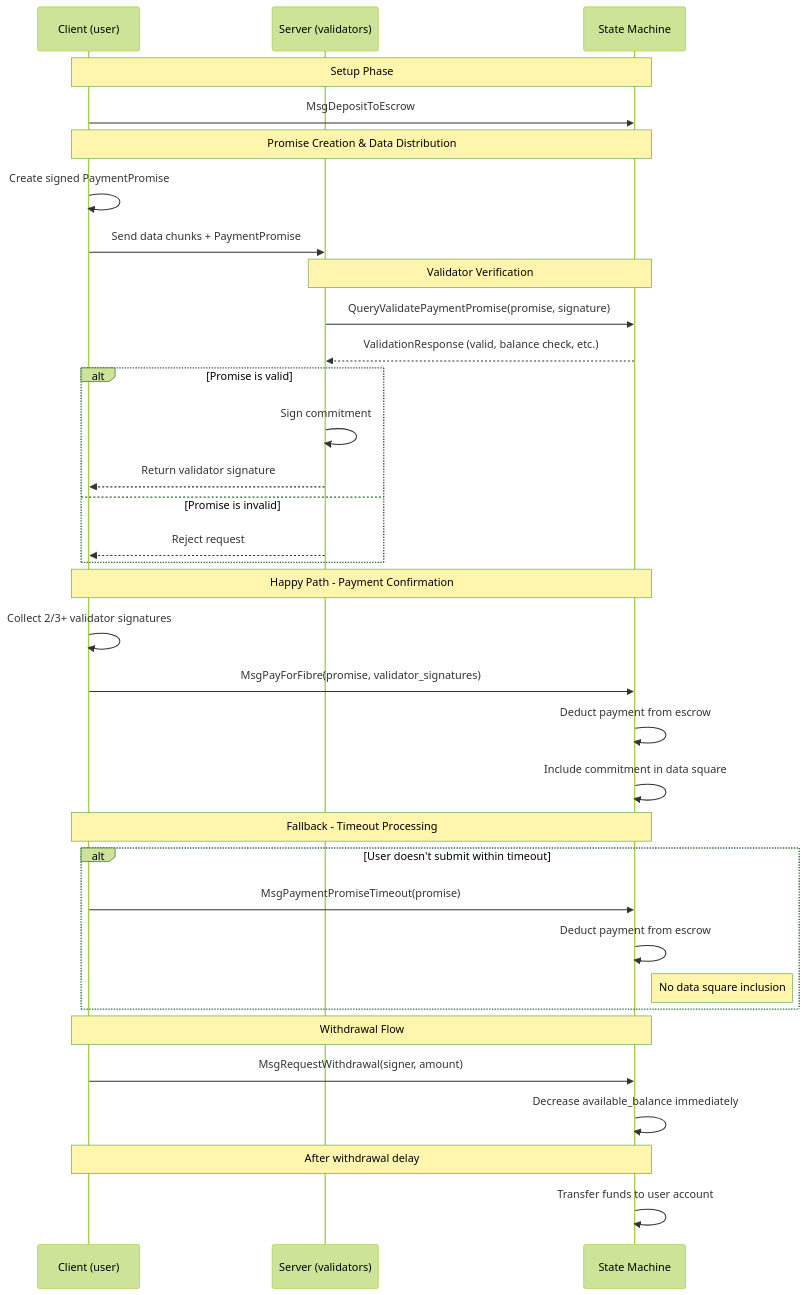
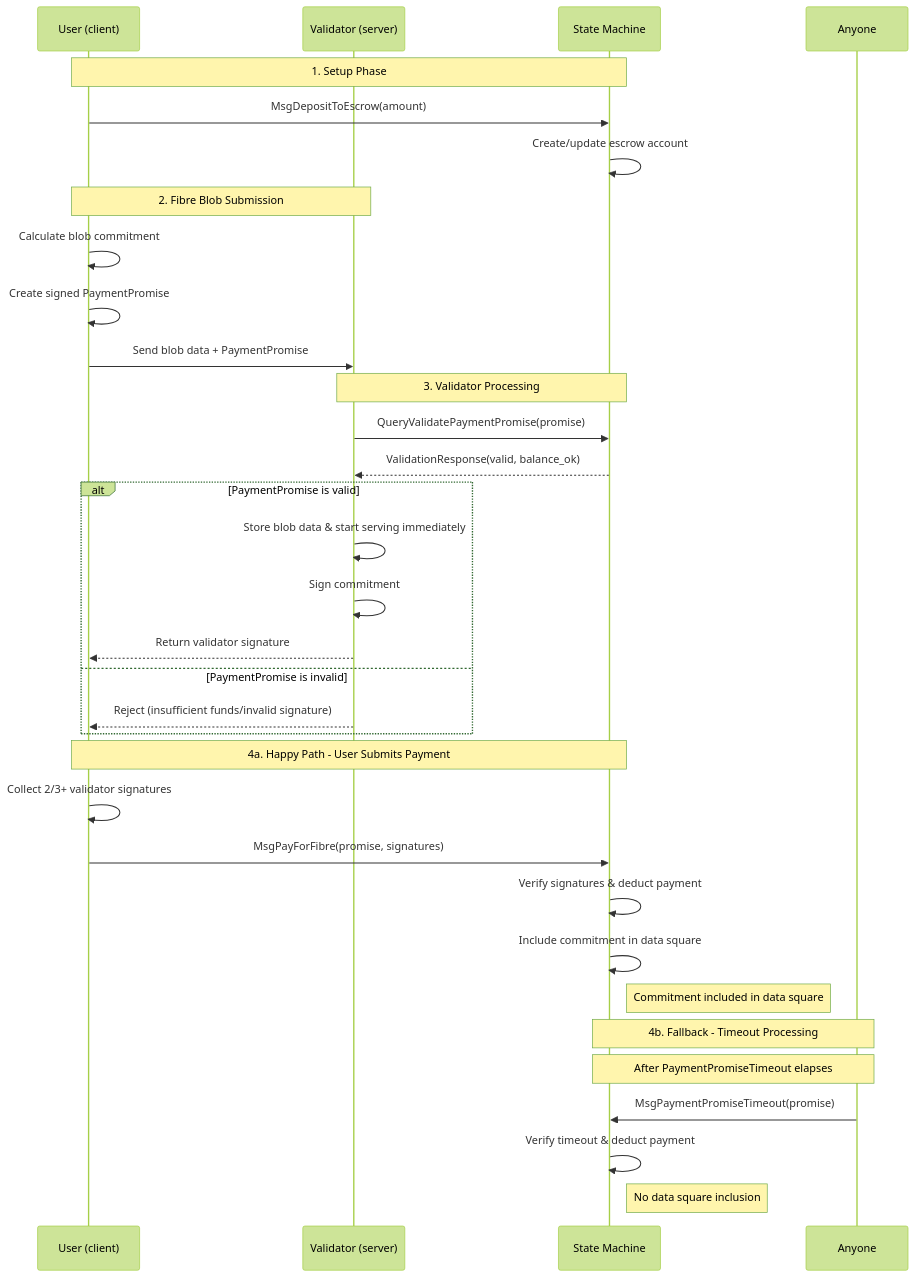
Before and after one commit to celestiaorg/celestia-app: the first of 2 diagrams in sdk_module.md, drawn with Mermaid (forest theme). The commit also changed other lines of this file, not shown here.

Commit message:
improve sequence diagram

````diff
--- a/sdk_module.md
+++ b/sdk_module.md
@@ -53,44 +53,41 @@
 ```mermaid
 sequenceDiagram
-    participant C as Client (user)
-    participant S as Server (validators)
-    participant A as State Machine
+    participant U as User (client)
+    participant V as Validator (server)
+    participant SM as State Machine
+    participant X as Anyone
 
-    Note over C,A: Setup Phase
-    C->>A: MsgDepositToEscrow
+    Note over U,SM: 1. Setup Phase
+    U->>SM: MsgDepositToEscrow(amount)
+    SM->>SM: Create/update escrow account
 
-    Note over C,A: Promise Creation & Data Distribution
-    C->>C: Create signed PaymentPromise
-    C->>S: Send data chunks + PaymentPromise
+    Note over U,V: 2. Fibre Blob Submission
+    U->>U: Calculate blob commitment
+    U->>U: Create signed PaymentPromise
+    U->>V: Send blob data + PaymentPromise
 
-    Note over S,A: Validator Verification
-    S->>A: QueryValidatePaymentPromise(promise, signature)
-    A-->>S: ValidationResponse (valid, balance check, etc.)
+    Note over V,SM: 3. Validator Processing
+    V->>SM: QueryValidatePaymentPromise(promise)
+    SM-->>V: ValidationResponse(valid, balance_ok)
 
-    alt Promise is valid
-        S->>S: Sign commitment
-        S-->>C: Return validator signature
-    else Promise is invalid
-        S-->>C: Reject request
+    alt PaymentPromise is valid
+        V->>V: Store blob data & start serving immediately
+        V->>V: Sign commitment
+        V-->>U: Return validator signature
+    else PaymentPromise is invalid
+        V-->>U: Reject (insufficient funds/invalid signature)
     end
 
-    Note over C,A: Happy Path - Payment Confirmation
-    C->>C: Collect 2/3+ validator signatures
-    C->>A: MsgPayForFibre(promise, validator_signatures)
-    A->>A: Deduct payment from escrow
-    A->>A: Include commitment in data square
+    Note over U,SM: 4a. Happy Path - User Submits Payment
+    U->>U: Collect 2/3+ validator signatures
+    U->>SM: MsgPayForFibre(promise, signatures)
+    SM->>SM: Verify signatures & deduct payment
+    SM->>SM: Include commitment in data square
+    Note right of SM: Commitment included in data square
 
-    Note over C,A: Fallback - Timeout Processing
-    alt User doesn't submit within timeout
-        C->>A: MsgPaymentPromiseTimeout(promise)
-        A->>A: Deduct payment from escrow
-        Note right of A: No data square inclusion
-    end
-
-    Note over C,A: Withdrawal Flow
-    C->>A: MsgRequestWithdrawal(signer, amount)
-    A->>A: Decrease available_balance immediately
-
-    Note over C,A: After withdrawal delay
-    A->>A: Transfer funds to user account
+    Note over X,SM: 4b. Fallback - Timeout Processing
+    Note over X,SM: After PaymentPromiseTimeout elapses
+    X->>SM: MsgPaymentPromiseTimeout(promise)
+    SM->>SM: Verify timeout & deduct payment
+    Note right of SM: No data square inclusion
 ```
````
